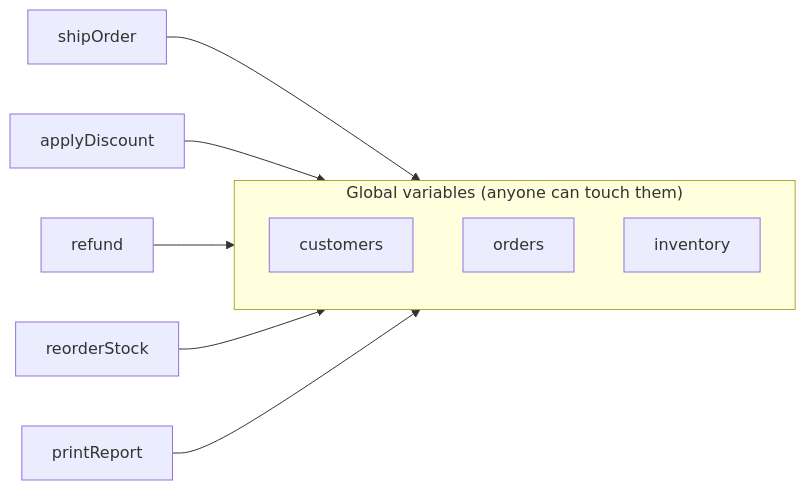
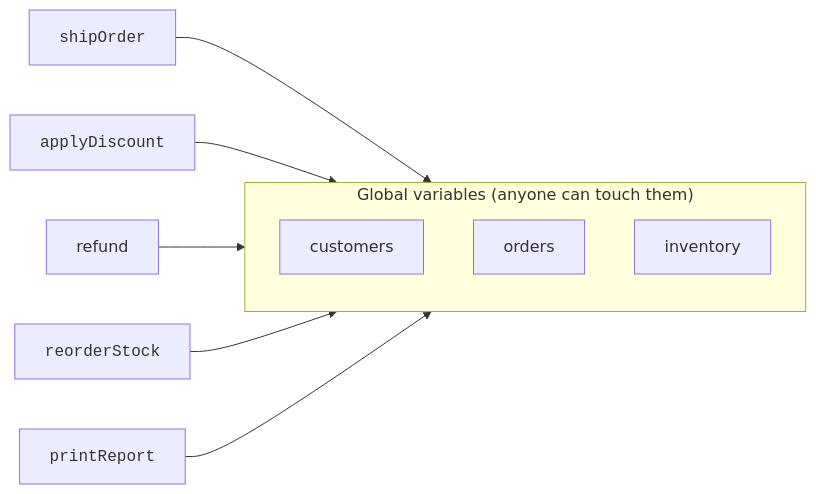
One commit to dataslope/dataslope changed the third of 3 diagrams in content/learn/intro-modern-csharp/early-programming-complexity.mdx. Above: the diagram before and after it, drawn with Mermaid. The commit also changed 153 other files, not shown here.

First line of the commit message:
Render code-only mermaid shapes in monospace; convert step sequences to Steps

````diff
--- a/content/learn/intro-modern-csharp/early-programming-complexity.mdx
+++ b/content/learn/intro-modern-csharp/early-programming-complexity.mdx
@@ -118,19 +118,19 @@
 ```mermaid
 flowchart LR
     subgraph Globals["Global variables (anyone can touch them)"]
         G1[customers]
         G2[orders]
         G3[inventory]
     end
-    F1[shipOrder]
-    F2[applyDiscount]
+    F1["<code>shipOrder</code>"]
+    F2["<code>applyDiscount</code>"]
     F3[refund]
-    F4[reorderStock]
-    F5[printReport]
+    F4["<code>reorderStock</code>"]
+    F5["<code>printReport</code>"]
 
     F1 --> Globals
     F2 --> Globals
     F3 --> Globals
     F4 --> Globals
     F5 --> Globals
 ```
````
